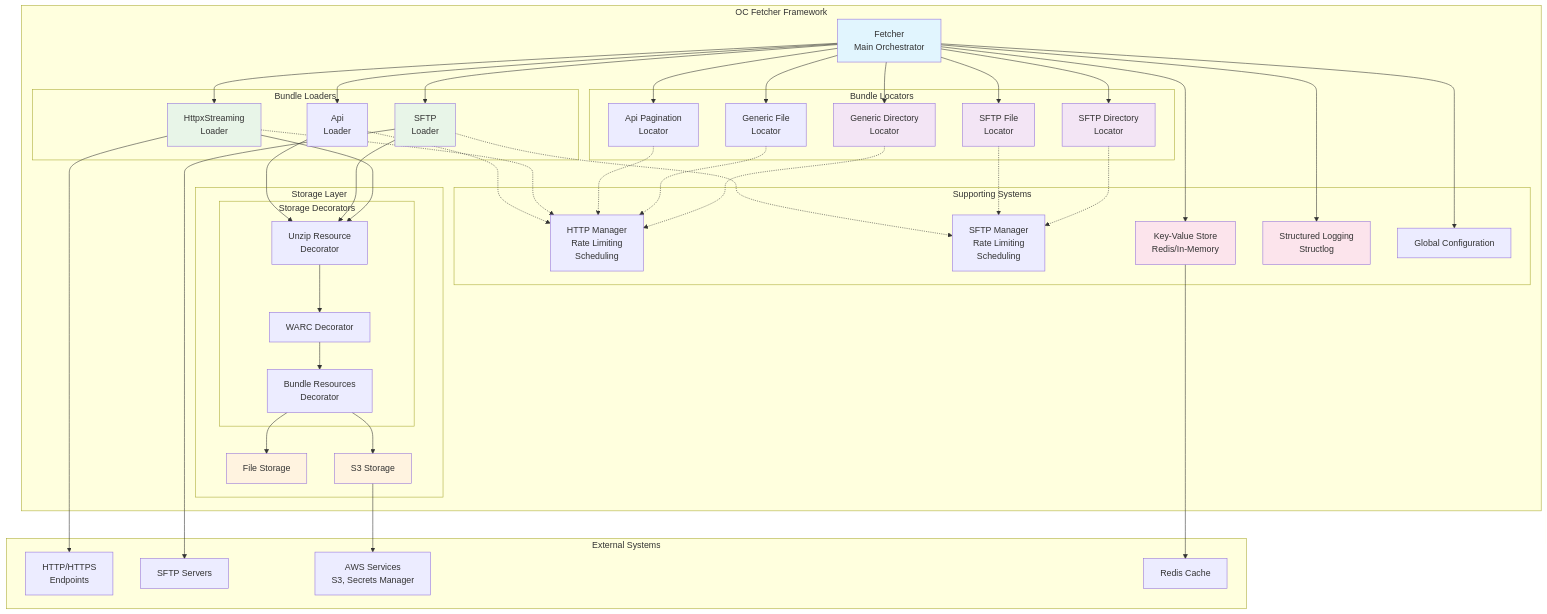
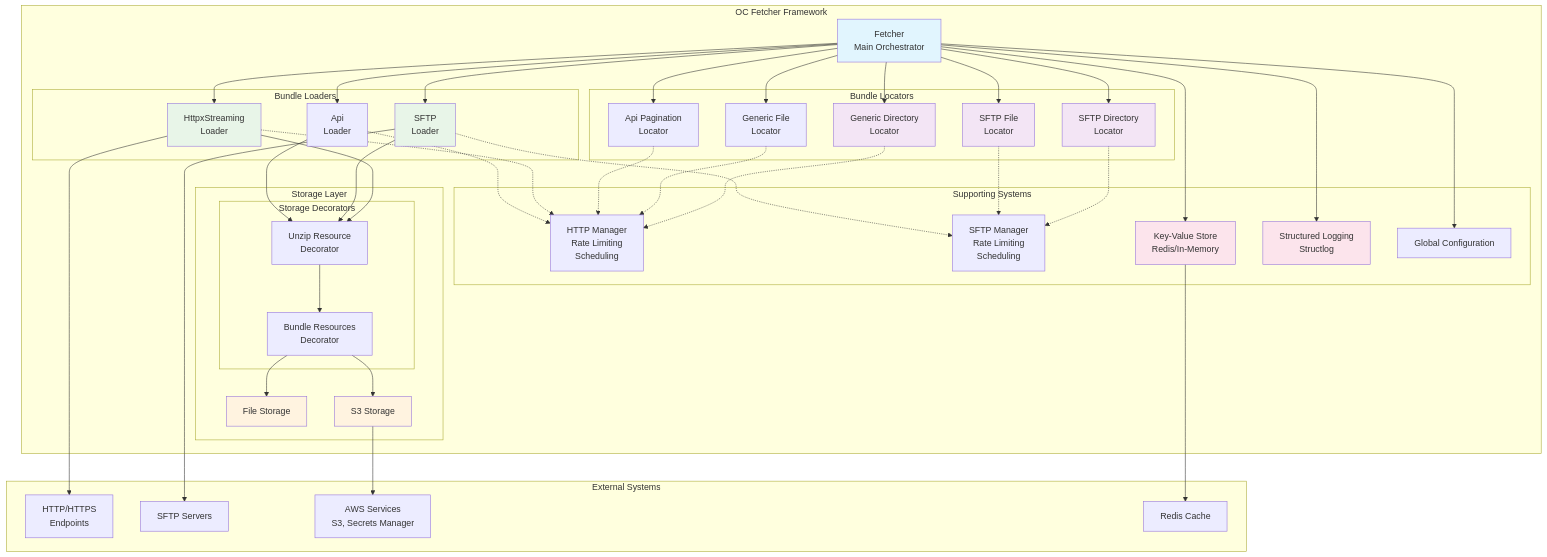
Before and after one commit to oc-ben-ellis/data-fetcher-app: the diagram in docs/diagrams/high_level_architecture.mmd, drawn with Mermaid. The commit also changed 42 other files, not shown here.

```diff
--- a/docs/diagrams/high_level_architecture.mmd
+++ b/docs/diagrams/high_level_architecture.mmd
@@ -1,96 +1,95 @@
 graph TB
     subgraph "OC Fetcher Framework"
         Fetcher[Fetcher<br/>Main Orchestrator]
 
         subgraph "Bundle Locators"
             FP1[SFTP Directory<br/>Locator]
             FP2[SFTP File<br/>Locator]
             FP3[Generic Directory<br/>Locator]
             FP4[Generic File<br/>Locator]
             FP5[Api Pagination<br/>Locator]
         end
 
         subgraph "Bundle Loaders"
             DL1[HttpxStreaming<br/>Loader]
             DL2[SFTP<br/>Loader]
             DL3[Api<br/>Loader]
         end
 
         subgraph "Storage Layer"
             BS1[File Storage]
             BS2[S3 Storage]
 
             subgraph "Storage Decorators"
                 SD1[Unzip Resource<br/>Decorator]
-                SD2[WARC Decorator]
+
                 SD3[Bundle Resources<br/>Decorator]
             end
         end
 
         subgraph "Supporting Systems"
             PM1[HTTP Manager<br/>Rate Limiting<br/>Scheduling]
             PM2[SFTP Manager<br/>Rate Limiting<br/>Scheduling]
             KV[Key-Value Store<br/>Redis/In-Memory]
             LOG[Structured Logging<br/>Structlog]
             CONFIG[Global Configuration]
         end
     end
 
     subgraph "External Systems"
         HTTP[HTTP/HTTPS<br/>Endpoints]
         SFTP[SFTP Servers]
         AWS[AWS Services<br/>S3, Secrets Manager]
         REDIS[Redis Cache]
     end
 
     %% Main flow
     Fetcher --> FP1
     Fetcher --> FP2
     Fetcher --> FP3
     Fetcher --> FP4
     Fetcher --> FP5
 
     Fetcher --> DL1
     Fetcher --> DL2
     Fetcher --> DL3
 
     DL1 --> SD1
     DL2 --> SD1
     DL3 --> SD1
 
-    SD1 --> SD2
-    SD2 --> SD3
+    SD1 --> SD3
     SD3 --> BS1
     SD3 --> BS2
 
     %% External connections
     DL1 --> HTTP
     DL2 --> SFTP
     BS2 --> AWS
     KV --> REDIS
 
     %% Supporting connections
     Fetcher --> KV
     Fetcher --> LOG
     Fetcher --> CONFIG
 
     %% Protocol Manager connections (used by both locators and loaders)
     FP1 -.-> PM2
     FP2 -.-> PM2
     FP3 -.-> PM1
     FP4 -.-> PM1
     FP5 -.-> PM1
     DL1 -.-> PM1
     DL2 -.-> PM2
     DL3 -.-> PM1
 
     style Fetcher fill:#e1f5fe
     style FP1 fill:#f3e5f5
     style FP2 fill:#f3e5f5
     style FP3 fill:#f3e5f5
     style DL1 fill:#e8f5e8
     style DL2 fill:#e8f5e8
     style BS1 fill:#fff3e0
     style BS2 fill:#fff3e0
     style KV fill:#fce4ec
     style LOG fill:#fce4ec
```
